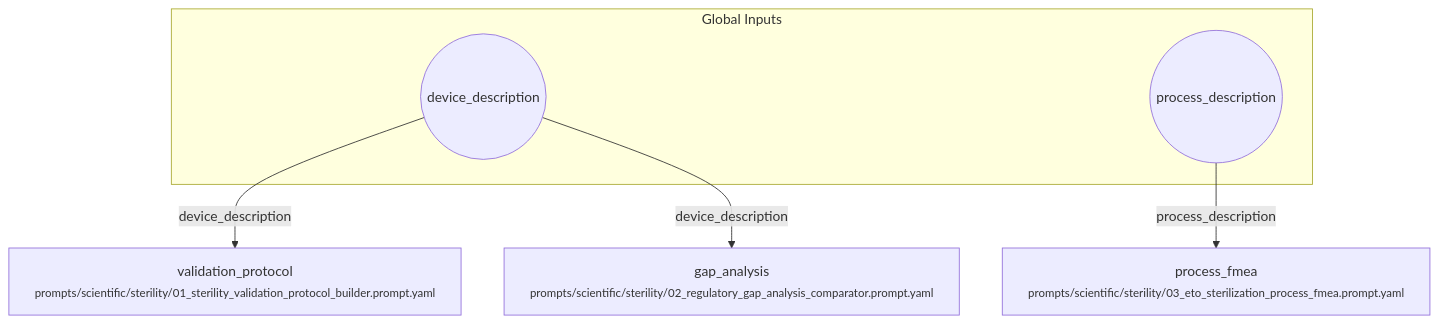
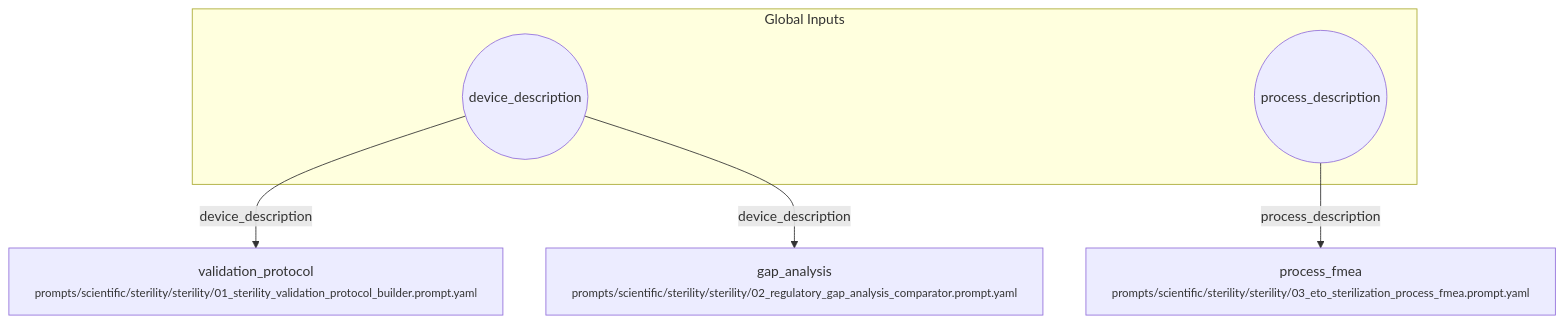
One commit to fderuiter/proompts changed the diagram in workflows/scientific/sterility.workflow.md. Above: the diagram before and after it, drawn with Mermaid. The commit also changed 31 other files, not shown here.

````diff
--- a/workflows/scientific/sterility.workflow.md
+++ b/workflows/scientific/sterility.workflow.md
@@ -7,13 +7,13 @@
 ```mermaid
 flowchart TD
     subgraph Inputs [Global Inputs]
         inp_device_description((device_description))
         inp_process_description((process_description))
     end
-    validation_protocol["validation_protocol<br/><small>prompts/scientific/sterility/01_sterility_validation_protocol_builder.prompt.yaml</small>"]
-    gap_analysis["gap_analysis<br/><small>prompts/scientific/sterility/02_regulatory_gap_analysis_comparator.prompt.yaml</small>"]
-    process_fmea["process_fmea<br/><small>prompts/scientific/sterility/03_eto_sterilization_process_fmea.prompt.yaml</small>"]
+    validation_protocol["validation_protocol<br/><small>prompts/scientific/sterility/sterility/01_sterility_validation_protocol_builder.prompt.yaml</small>"]
+    gap_analysis["gap_analysis<br/><small>prompts/scientific/sterility/sterility/02_regulatory_gap_analysis_comparator.prompt.yaml</small>"]
+    process_fmea["process_fmea<br/><small>prompts/scientific/sterility/sterility/03_eto_sterilization_process_fmea.prompt.yaml</small>"]
     inp_device_description -->|device_description| validation_protocol
     inp_device_description -->|device_description| gap_analysis
     inp_process_description -->|process_description| process_fmea
 ```
````
